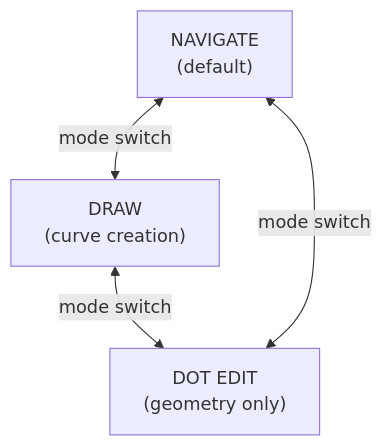
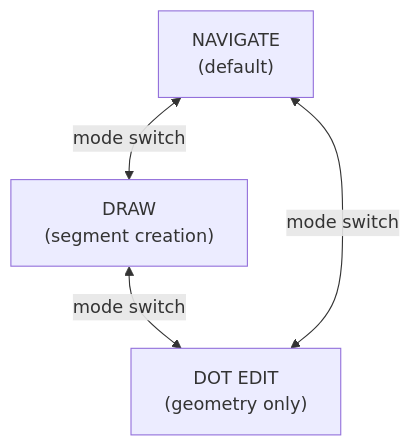
Before and after one commit to Vovchek/Digit: the first of 2 diagrams in Docs/IMPLEMENT_UX.md, drawn with Mermaid. The commit also changed other lines of this file and 6 other files, not shown here.

````diff
--- a/Docs/IMPLEMENT_UX.md
+++ b/Docs/IMPLEMENT_UX.md
@@ -41,9 +47,6 @@
 ```mermaid
 graph TD
-    NAVIGATE["NAVIGATE<br/>(default)"] <-->|mode switch| DRAW["DRAW<br/>(curve creation)"]
+    NAVIGATE["NAVIGATE<br/>(default)"] <-->|mode switch| DRAW["DRAW<br/>(segment creation)"]
     DRAW <-->|mode switch| DOTEDIT["DOT EDIT<br/>(geometry only)"]
     DOTEDIT <-->|mode switch| NAVIGATE
-    
-    classDef state fill:#e1f5fe,stroke:#01579b,stroke-width:2px
-    class NAVIGATE,DRAW,DOTEDIT state```
 ```
````
